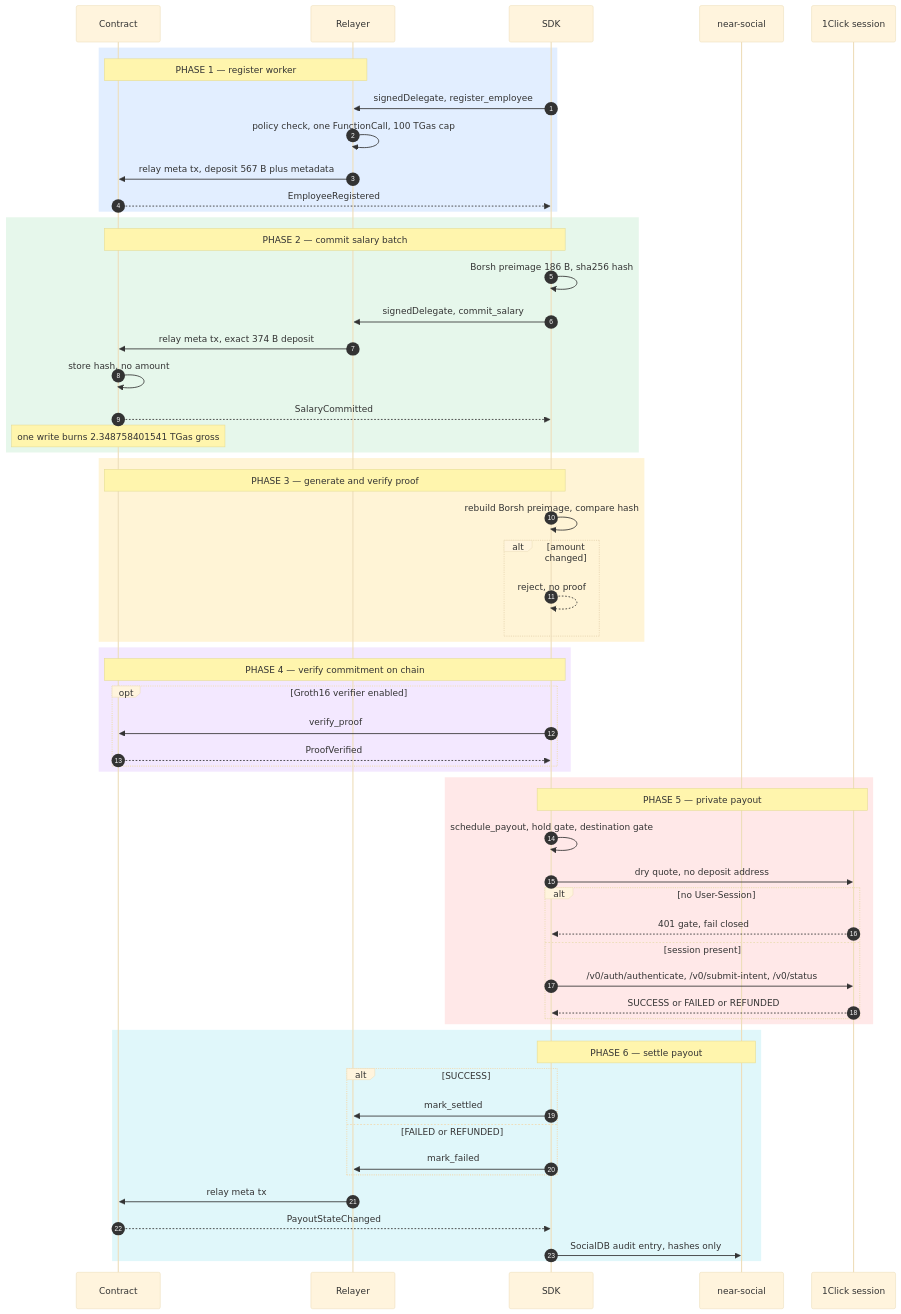
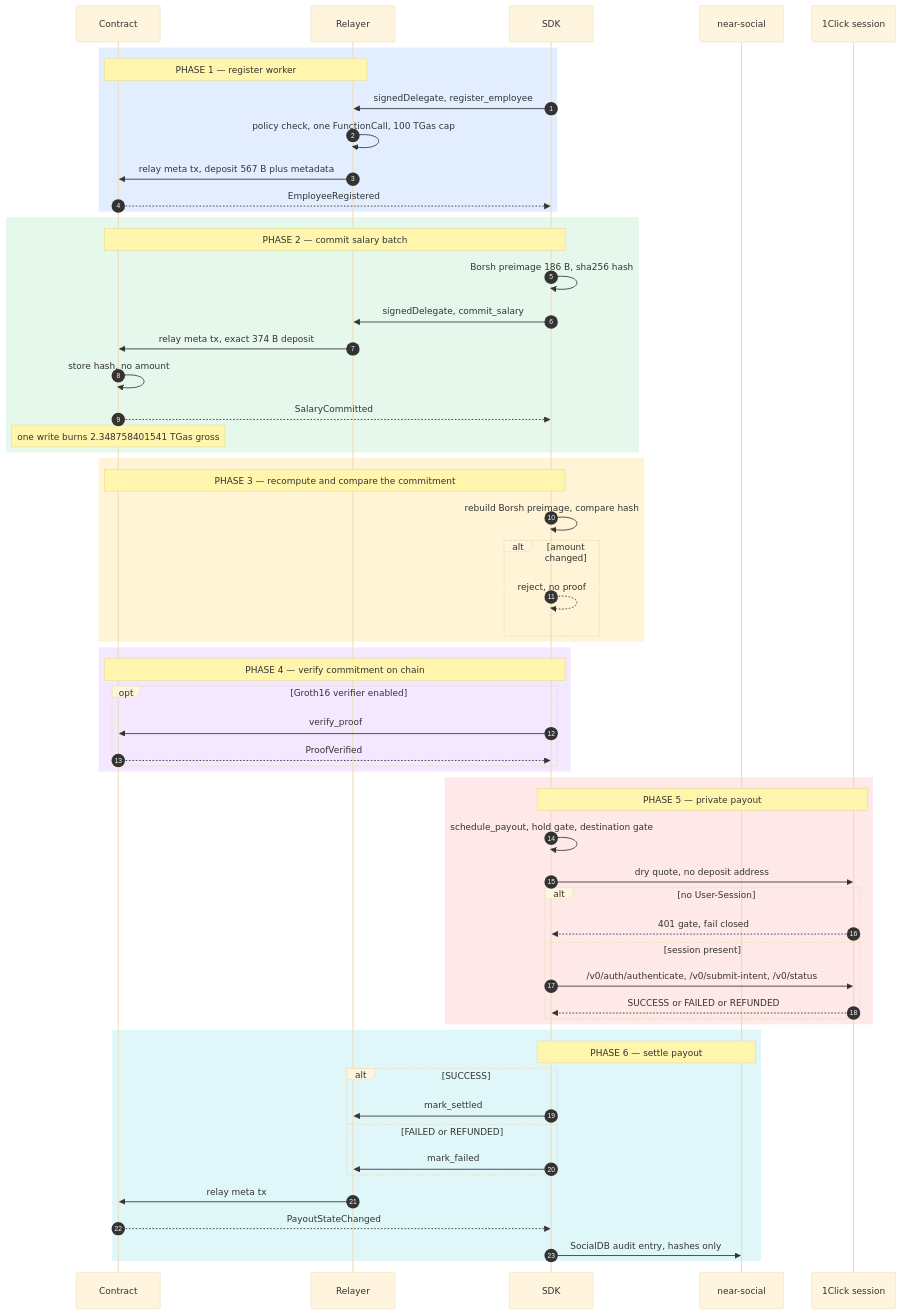
Before and after one commit to amolikpe-bit/private-payroll-payments: the diagram in README.md, drawn with Mermaid. The commit also changed other lines of this file and 1 other file, not shown here.

Commit message:
docs(subrosa): prune process noise, relabel phase 3, extend gitignore

````diff
--- a/README.md
+++ b/README.md
@@ -7,62 +7,62 @@
 ```mermaid
 %%{init: {"theme":"base","themeVariables":{"fontSize":"14px"}}}%%
 sequenceDiagram
     autonumber
     participant C as Contract
     participant R as Relayer
     participant S as SDK
     participant N as near-social
     participant O as 1Click session
     rect rgb(226,238,255)
     Note over R,C: PHASE 1 — register worker
     S->>R: signedDelegate, register_employee
     R->>R: policy check, one FunctionCall, 100 TGas cap
     R->>C: relay meta tx, deposit 567 B plus metadata
     C-->>S: EmployeeRegistered
     end
     rect rgb(230,247,235)
     Note over S,C: PHASE 2 — commit salary batch
     S->>S: Borsh preimage 186 B, sha256 hash
     S->>R: signedDelegate, commit_salary
     R->>C: relay meta tx, exact 374 B deposit
     C->>C: store hash, no amount
     C-->>S: SalaryCommitted
     Note over C: one write burns 2.348758401541 TGas gross
     end
     rect rgb(255,244,214)
-    Note over S,C: PHASE 3 — generate and verify proof
+    Note over S,C: PHASE 3 — recompute and compare the commitment
     S->>S: rebuild Borsh preimage, compare hash
     alt amount changed
         S-->>S: reject, no proof
     end
     end
     rect rgb(243,232,255)
     Note over S,C: PHASE 4 — verify commitment on chain
     opt Groth16 verifier enabled
         S->>C: verify_proof
         C-->>S: ProofVerified
     end
     end
     rect rgb(255,232,232)
     Note over S,O: PHASE 5 — private payout
     S->>S: schedule_payout, hold gate, destination gate
     S->>O: dry quote, no deposit address
     alt no User-Session
         O-->>S: 401 gate, fail closed
     else session present
         S->>O: /v0/auth/authenticate, /v0/submit-intent, /v0/status
         O-->>S: SUCCESS or FAILED or REFUNDED
     end
     end
     rect rgb(224,247,250)
     Note over S,N: PHASE 6 — settle payout
     alt SUCCESS
         S->>R: mark_settled
     else FAILED or REFUNDED
         S->>R: mark_failed
     end
     R->>C: relay meta tx
     C-->>S: PayoutStateChanged
     S->>N: SocialDB audit entry, hashes only
     end
 ```
````
